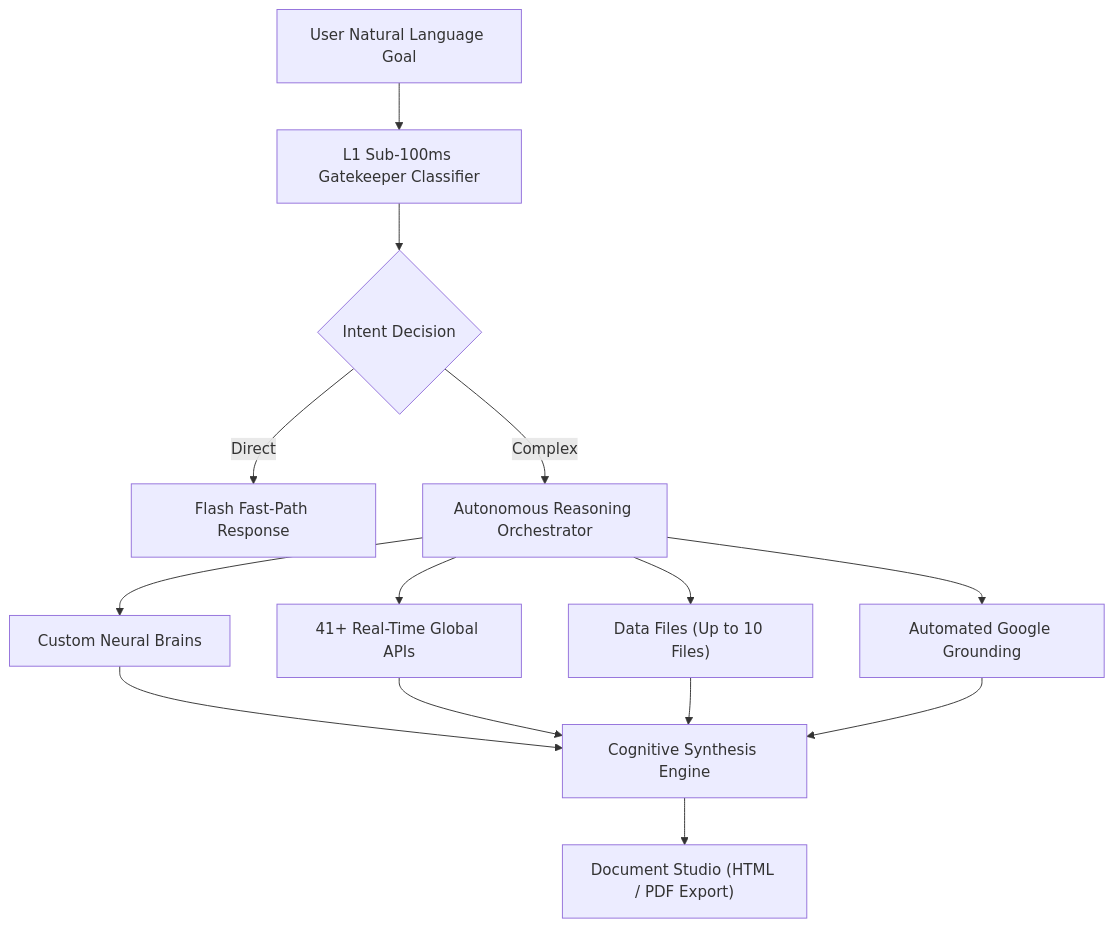
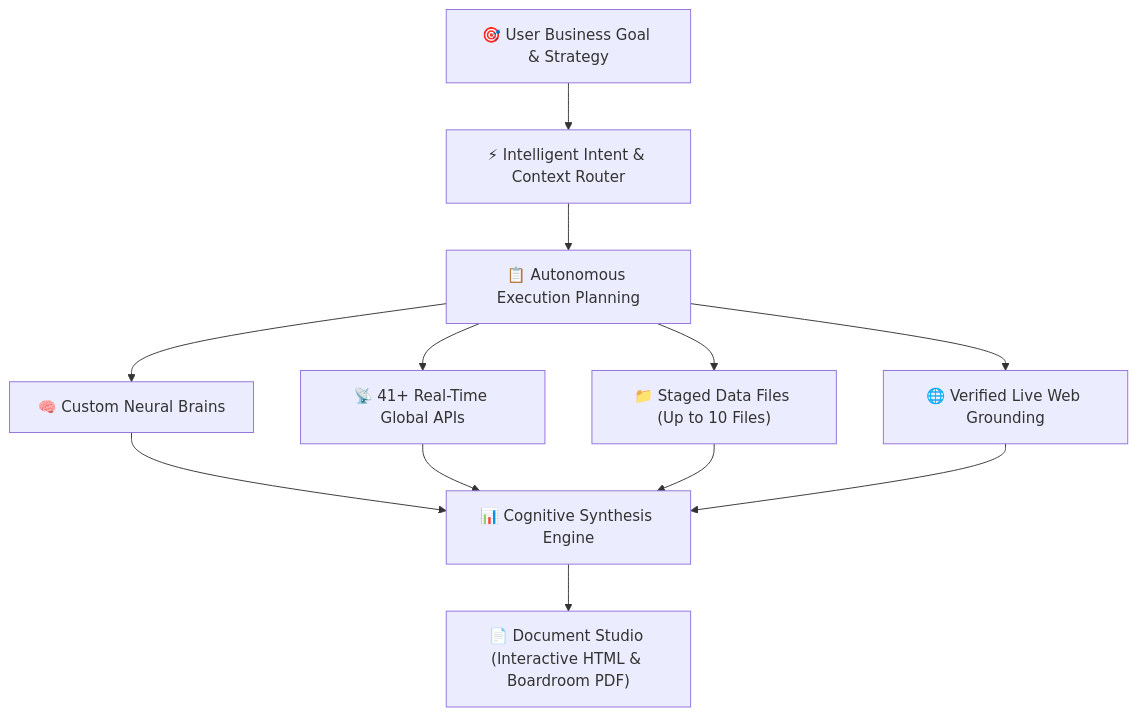
The diagram in agent/overview.mdx (gosutox/gosutox-docs), drawn with Mermaid before and after one commit. The commit also changed other lines of this file and 3 other files, not shown here.

Commit message:
security(docs): sanitize internal architecture terms into customer-facing executive value propositions

````diff
--- a/agent/overview.mdx
+++ b/agent/overview.mdx
@@ -12,19 +12,18 @@
 ```mermaid
 flowchart TD
-    User["User Natural Language Goal"] --> L1["L1 Sub-100ms Gatekeeper Classifier"]
-    L1 --> Route{"Intent Decision"}
-    Route -->|Direct| Flash["Flash Fast-Path Response"]
-    Route -->|Complex| Orchestrator["Autonomous Reasoning Orchestrator"]
+    User["🎯 User Business Goal & Strategy"] --> Router["⚡ Intelligent Intent & Context Router"]
+    
+    Router --> Plan["📋 Autonomous Execution Planning"]
+    
+    Plan --> Brains["🧠 Custom Neural Brains"]
+    Plan --> APIs["📡 41+ Real-Time Global APIs"]
+    Plan --> Vault["📁 Staged Data Files (Up to 10 Files)"]
+    Plan --> Search["🌐 Verified Live Web Grounding"]
 
-    Orchestrator --> Brains["Custom Neural Brains"]
-    Orchestrator --> APIs["41+ Real-Time Global APIs"]
-    Orchestrator --> Vault["Data Files (Up to 10 Files)"]
-    Orchestrator --> Search["Automated Google Grounding"]
-
-    Brains --> Synthesizer["Cognitive Synthesis Engine"]
+    Brains --> Synthesizer["📊 Cognitive Synthesis Engine"]
     APIs --> Synthesizer
     Vault --> Synthesizer
     Search --> Synthesizer
 
-    Synthesizer --> Viewer["Document Studio (HTML / PDF Export)"]
+    Synthesizer --> Viewer["📄 Document Studio (Interactive HTML & Boardroom PDF)"]
 ```
````
